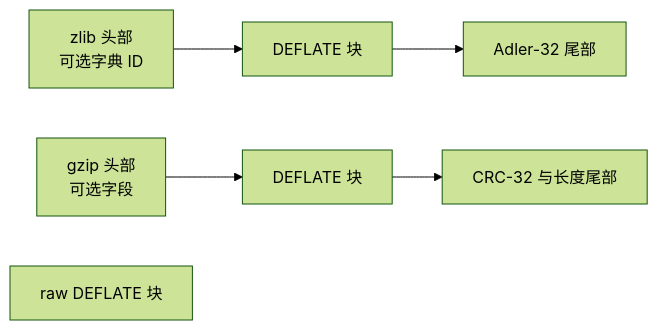
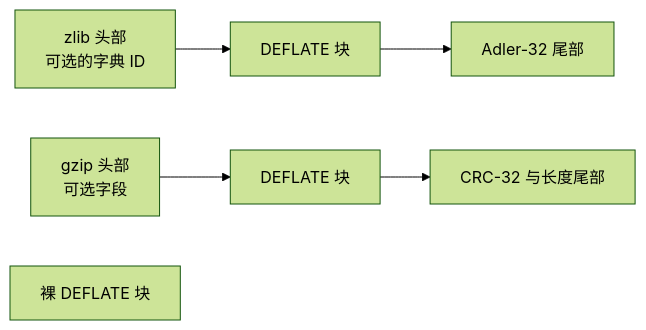
One commit to cla7aye15I4nd/oss-proof changed the diagram in docs/spec/format/README.zh.md. Above: the diagram before and after it, drawn with Mermaid (forest theme). The commit also changed other lines of this file and 3 other files, not shown here.

````diff
--- a/docs/spec/format/README.zh.md
+++ b/docs/spec/format/README.zh.md
@@ -23,6 +24,6 @@
 ```mermaid
 flowchart LR
-    ZH["zlib 头部<br/>可选字典 ID"] --> ZD["DEFLATE 块"] --> ZT["Adler-32 尾部"]
+    ZH["zlib 头部<br/>可选的字典 ID"] --> ZD["DEFLATE 块"] --> ZT["Adler-32 尾部"]
     GH["gzip 头部<br/>可选字段"] --> GD["DEFLATE 块"] --> GT["CRC-32 与长度尾部"]
-    RD["raw DEFLATE 块"]
+    RD["裸 DEFLATE 块"]
 ```
````
